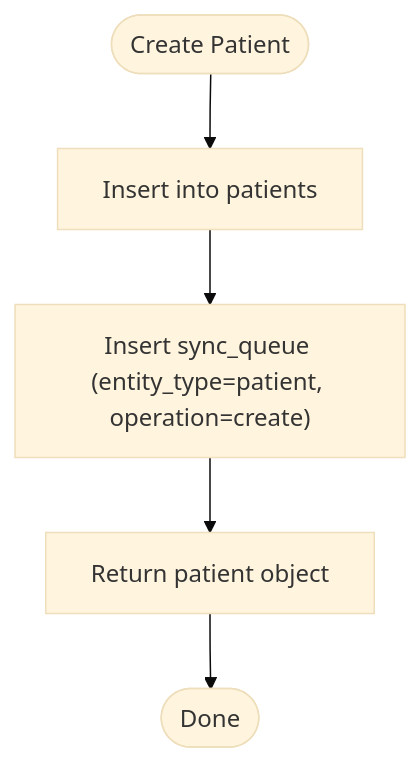
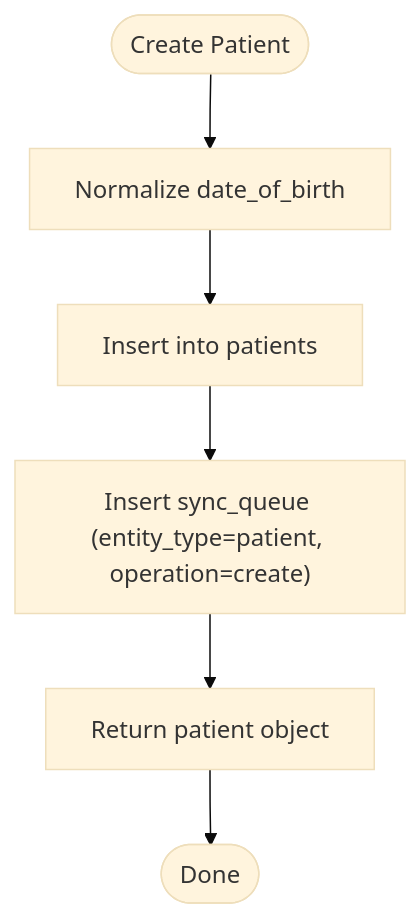
The fourth of 7 diagrams in .qoder/repowiki/en/content/Database Design.md (AdeelTahir-SE/DermSight), drawn with Mermaid (base theme) before and after one commit. The commit also changed other lines of this file and 43 other files, not shown here.

````diff
--- a/.qoder/repowiki/en/content/Database Design.md
+++ b/.qoder/repowiki/en/content/Database Design.md
@@ -244,7 +267,8 @@
 ```mermaid
 flowchart TD
-Start(["Create Patient"]) --> InsertPatient["Insert into patients"]
+Start(["Create Patient"]) --> NormalizeDate["Normalize date_of_birth"]
+NormalizeDate --> InsertPatient["Insert into patients"]
 InsertPatient --> Enqueue["Insert sync_queue (entity_type=patient, operation=create)"]
 Enqueue --> ReturnPatient["Return patient object"]
 ReturnPatient --> End(["Done"])
 ```
````
